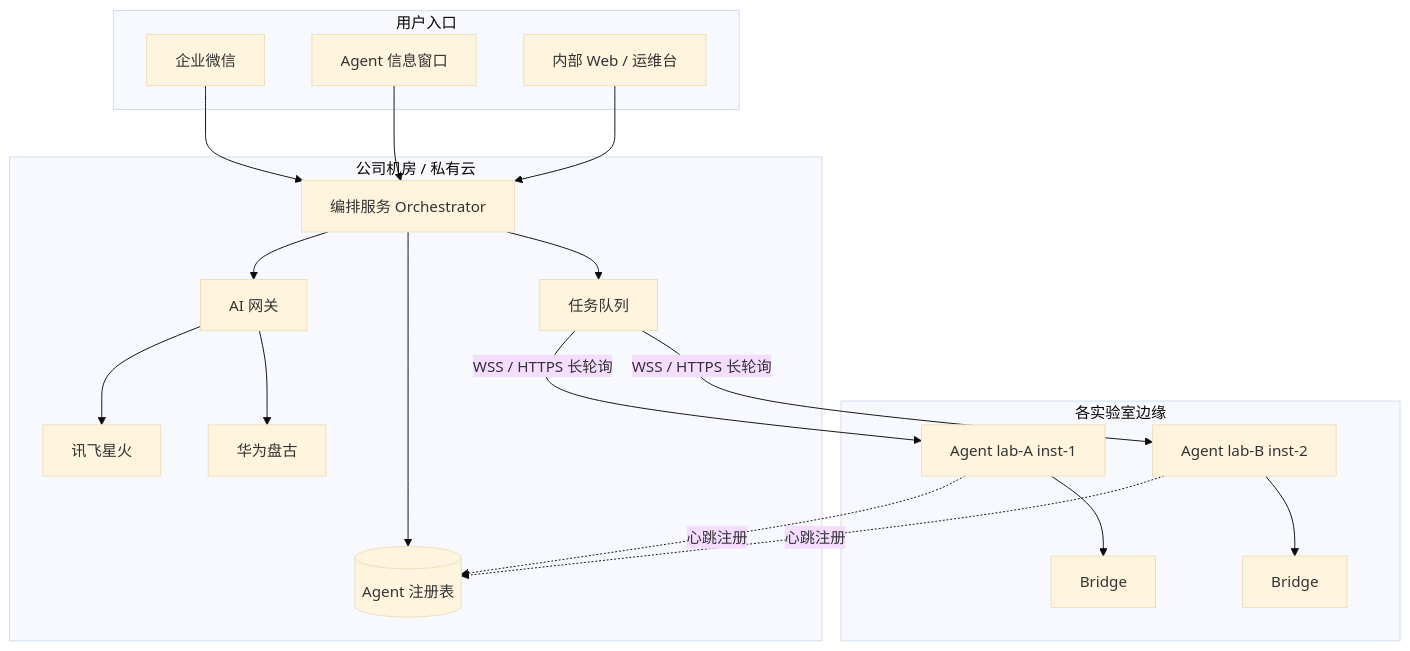
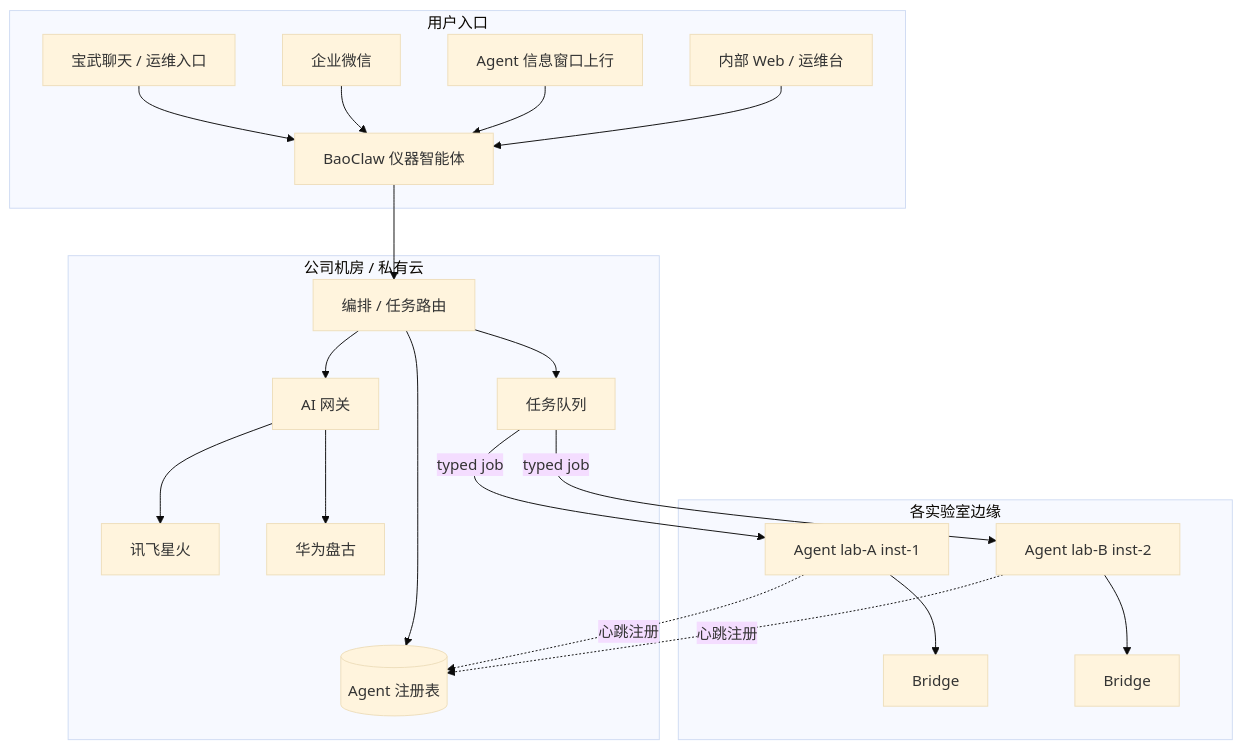
The second of 3 diagrams in CornerstoneAgent/ENTERPRISE.md (tempcy/CornerstoneMock), drawn with Mermaid (base theme) before and after one commit. The commit also changed other lines of this file and 498 other files, not shown here.

First line of the commit message:
脱敏现场地址并停止跟踪本机配置；同步 Agent、BaoClaw 与实验室文档。

````diff
--- a/CornerstoneAgent/ENTERPRISE.md
+++ b/CornerstoneAgent/ENTERPRISE.md
@@ -18,36 +108,40 @@
 ```mermaid
 flowchart TB
   subgraph channels [用户入口]
+    Chat[宝武聊天 / 运维入口]
     WX[企业微信]
-    WIN[Agent 信息窗口]
+    WIN[Agent 信息窗口上行]
     WEB[内部 Web / 运维台]
+    Bao[BaoClaw 仪器智能体]
   end
   subgraph company [公司机房 / 私有云]
-    ORCH[编排服务 Orchestrator]
+    ORCH[编排 / 任务路由]
     GW[AI 网关]
     REG[(Agent 注册表)]
     Q[任务队列]
     SP[讯飞星火]
     PG[华为盘古]
   end
   subgraph edge [各实验室边缘]
     A1[Agent lab-A inst-1]
     A2[Agent lab-B inst-2]
     B1[Bridge]
     B2[Bridge]
   end
-  WX --> ORCH
-  WIN --> ORCH
-  WEB --> ORCH
+  Chat --> Bao
+  WX --> Bao
+  WIN --> Bao
+  WEB --> Bao
+  Bao --> ORCH
   ORCH --> GW
   GW --> SP
   GW --> PG
   ORCH --> REG
   ORCH --> Q
-  Q -->|WSS / HTTPS 长轮询| A1
-  Q -->|WSS / HTTPS 长轮询| A2
+  Q -->|"typed job"| A1
+  Q -->|"typed job"| A2
   A1 --> B1
   A2 --> B2
   A1 -.->|心跳注册| REG
   A2 -.->|心跳注册| REG
 ```
````
